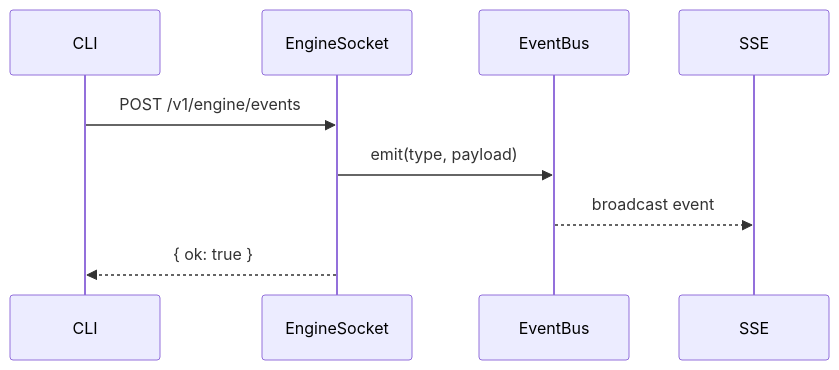
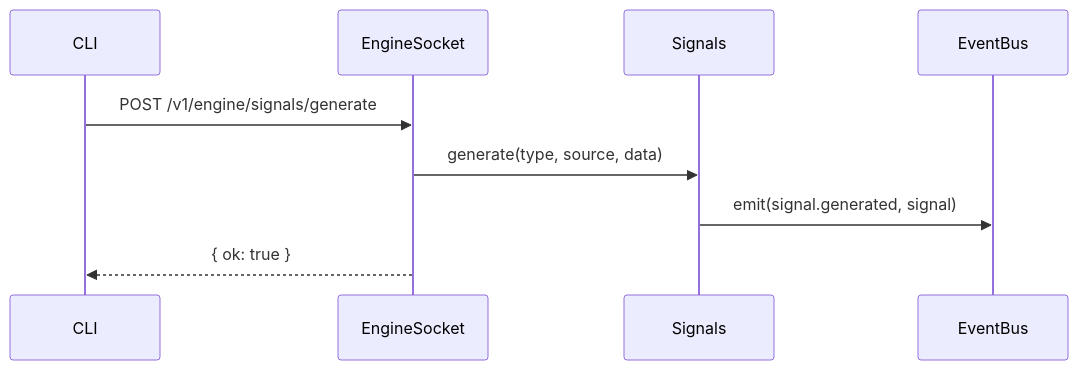
Before and after one commit to ex3ndr/daycare: the fifth of 6 diagrams in doc/internals/engine.md, drawn with Mermaid. The commit also changed 5 other files, not shown here.

Commit message:
feat(cli): route event command through signal system

````diff
--- a/doc/internals/engine.md
+++ b/doc/internals/engine.md
@@ -111,11 +111,11 @@
 ```mermaid
 sequenceDiagram
   participant CLI
   participant EngineSocket
+  participant Signals
   participant EventBus
-  participant SSE
-  CLI->>EngineSocket: POST /v1/engine/events
-  EngineSocket->>EventBus: emit(type, payload)
-  EventBus-->>SSE: broadcast event
+  CLI->>EngineSocket: POST /v1/engine/signals/generate
+  EngineSocket->>Signals: generate(type, source, data)
+  Signals->>EventBus: emit(signal.generated, signal)
   EngineSocket-->>CLI: { ok: true }
 ```
````
